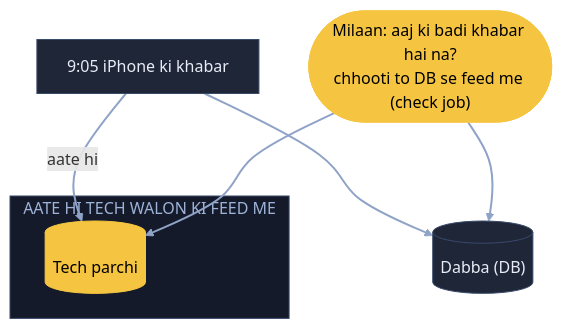
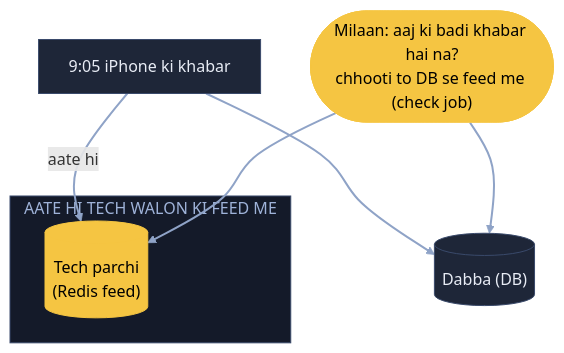
One commit to ArpanMaheshwari144/Prep changed the seventh of 14 diagrams in 04_HLD/SYSTEM_DESIGNS/08_news_aggregator/08_news_aggregator.md. Above: the diagram before and after it, drawn with Mermaid. The commit also changed other lines of this file and 22 other files, not shown here.

Commit message:
Diagram: sirf kahani ke dohraaye shabd pe bracket, us jagah notes wala matlab (207 label)

````diff
--- a/04_HLD/SYSTEM_DESIGNS/08_news_aggregator/08_news_aggregator.md
+++ b/04_HLD/SYSTEM_DESIGNS/08_news_aggregator/08_news_aggregator.md
@@ -276,19 +276,19 @@
 ```mermaid
 flowchart TB
     W["9:05 iPhone ki khabar"]:::card
     D[("Dabba (DB)")]:::card
     subgraph AH["AATE HI TECH WALON KI FEED ME"]
-        P[("Tech parchi")]:::pill
+        P[("Tech parchi<br/>(Redis feed)")]:::pill
     end
     J(["Milaan: aaj ki badi khabar hai na?<br/>chhooti to DB se feed me (check job)"]):::pill
     W --> D
     W -- "aate hi" --> P
     J --> P
     J --> D
     linkStyle default stroke:#8fa3c7,stroke-width:2px
     classDef card fill:#1e2638,stroke:#3a4a6b,color:#e8ecf5
     classDef pill fill:#f5c542,stroke:#f5c542,color:#000
     classDef good fill:#2e7d4f,stroke:#3fbf6f,color:#fff
     classDef bad fill:#5c1f24,stroke:#e05561,color:#fff
     style AH fill:#141a29,stroke:#3a4a6b,color:#9fb3d9
 ```
````
